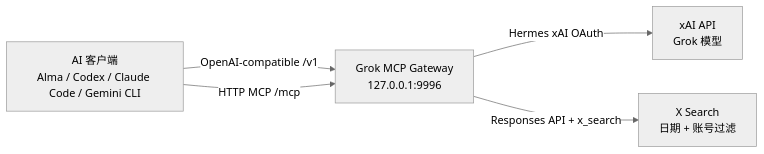
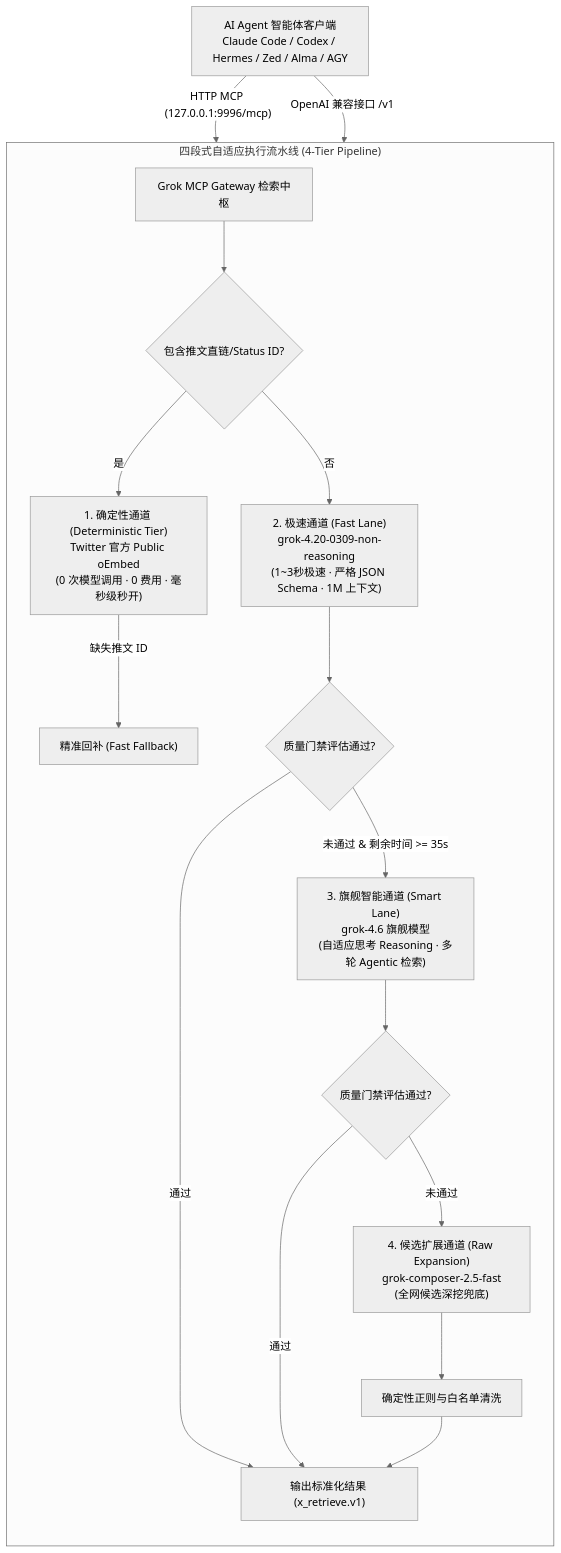
The diagram in README.zh-CN.md (logicrw/grok-mcp-gateway), drawn with Mermaid before and after one commit. The commit also changed other lines of this file and 21 other files, not shown here.

First line of the commit message:
feat(retrieval): implement v2.1 4-tier adaptive pipeline, Grok 4.6 upgrade, and single-flight OAuth coalescing

````diff
--- a/README.zh-CN.md
+++ b/README.zh-CN.md
@@ -9,11 +7,24 @@
 ```mermaid
 ---
 config:
   theme: neutral
 ---
-flowchart LR
-    Clients["AI 客户端<br/>Alma / Codex / Claude Code / Gemini CLI"] -->|"OpenAI-compatible /v1"| Gateway["Grok MCP Gateway<br/>127.0.0.1:9996"]
-    Clients -->|"HTTP MCP /mcp"| Gateway
-    Gateway -->|"Hermes xAI OAuth"| Grok["xAI API<br/>Grok 模型"]
-    Gateway -->|"Responses API + x_search"| Search["X Search<br/>日期 + 账号过滤"]
+flowchart TD
+    Clients["AI Agent 智能体客户端<br/>Claude Code / Codex / Hermes / Zed / Alma / AGY"] -->|"HTTP MCP (127.0.0.1:9996/mcp)"| Gateway["Grok MCP Gateway 检索中枢"]
+    Clients -->|"OpenAI 兼容接口 /v1"| Gateway
+
+    subgraph Pipeline ["四段式自适应执行流水线 (4-Tier Pipeline)"]
+        direction TB
+        Gateway --> Check{"包含推文直链/Status ID?"}
+        Check -- "是" --> Deterministic["1. 确定性通道 (Deterministic Tier)<br/>Twitter 官方 Public oEmbed<br/>(0 次模型调用 · 0 费用 · 毫秒级秒开)"]
+        Check -- "否" --> Fast["2. 极速通道 (Fast Lane)<br/>grok-4.20-0309-non-reasoning<br/>(1~3秒极速 · 严格 JSON Schema · 1M 上下文)"]
+        Deterministic -- "缺失推文 ID" --> FastFallback["精准回补 (Fast Fallback)"]
+        Fast --> QualityGate{"质量门禁评估通过?"}
+        QualityGate -- "通过" --> Output["输出标准化结果 (x_retrieve.v1)"]
+        QualityGate -- "未通过 & 剩余时间 >= 35s" --> Smart["3. 旗舰智能通道 (Smart Lane)<br/>grok-4.6 旗舰模型<br/>(自适应思考 Reasoning · 多轮 Agentic 检索)"]
+        Smart --> SmartQuality{"质量门禁评估通过?"}
+        SmartQuality -- "通过" --> Output
+        SmartQuality -- "未通过" --> Raw["4. 候选扩展通道 (Raw Expansion)<br/>grok-composer-2.5-fast<br/>(全网候选深挖兜底)"]
+        Raw --> Filter["确定性正则与白名单清洗"] --> Output
+    end
 ```
````
